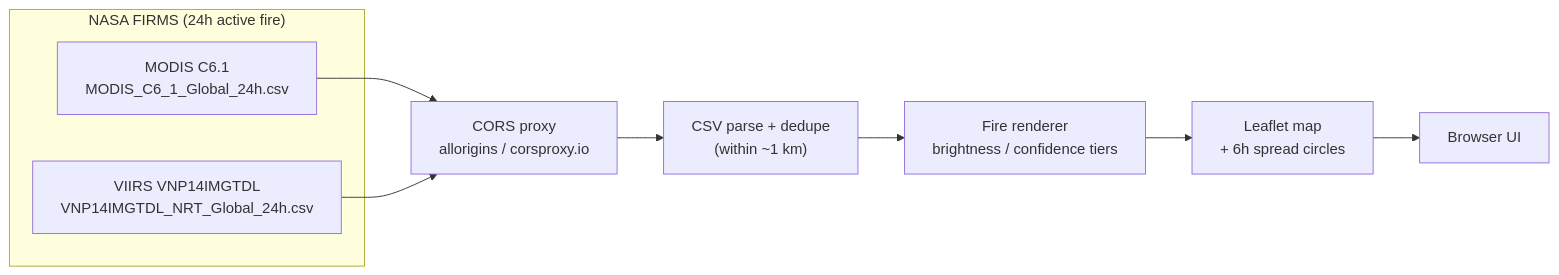
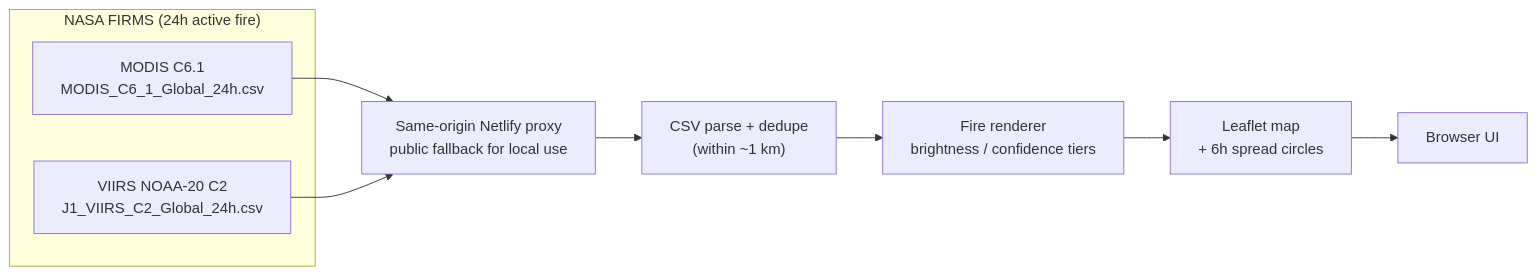
One commit to zelinewang/FireSight changed the diagram in README.md. Above: the diagram before and after it, drawn with Mermaid. The commit also changed other lines of this file and 21 other files, not shown here.

````diff
--- a/README.md
+++ b/README.md
@@ -13,13 +13,13 @@
 ```mermaid
 graph LR
     subgraph FIRMS["NASA FIRMS (24h active fire)"]
       M["MODIS C6.1<br/>MODIS_C6_1_Global_24h.csv"]
-      V["VIIRS VNP14IMGTDL<br/>VNP14IMGTDL_NRT_Global_24h.csv"]
+      V["VIIRS NOAA-20 C2<br/>J1_VIIRS_C2_Global_24h.csv"]
     end
-    M --> P["CORS proxy<br/>allorigins / corsproxy.io"]
+    M --> P["Same-origin Netlify proxy<br/>public fallback for local use"]
     V --> P
     P --> C["CSV parse + dedupe<br/>(within ~1 km)"]
     C --> R["Fire renderer<br/>brightness / confidence tiers"]
     R --> L["Leaflet map<br/>+ 6h spread circles"]
     L --> U["Browser UI"]
 ```
````
